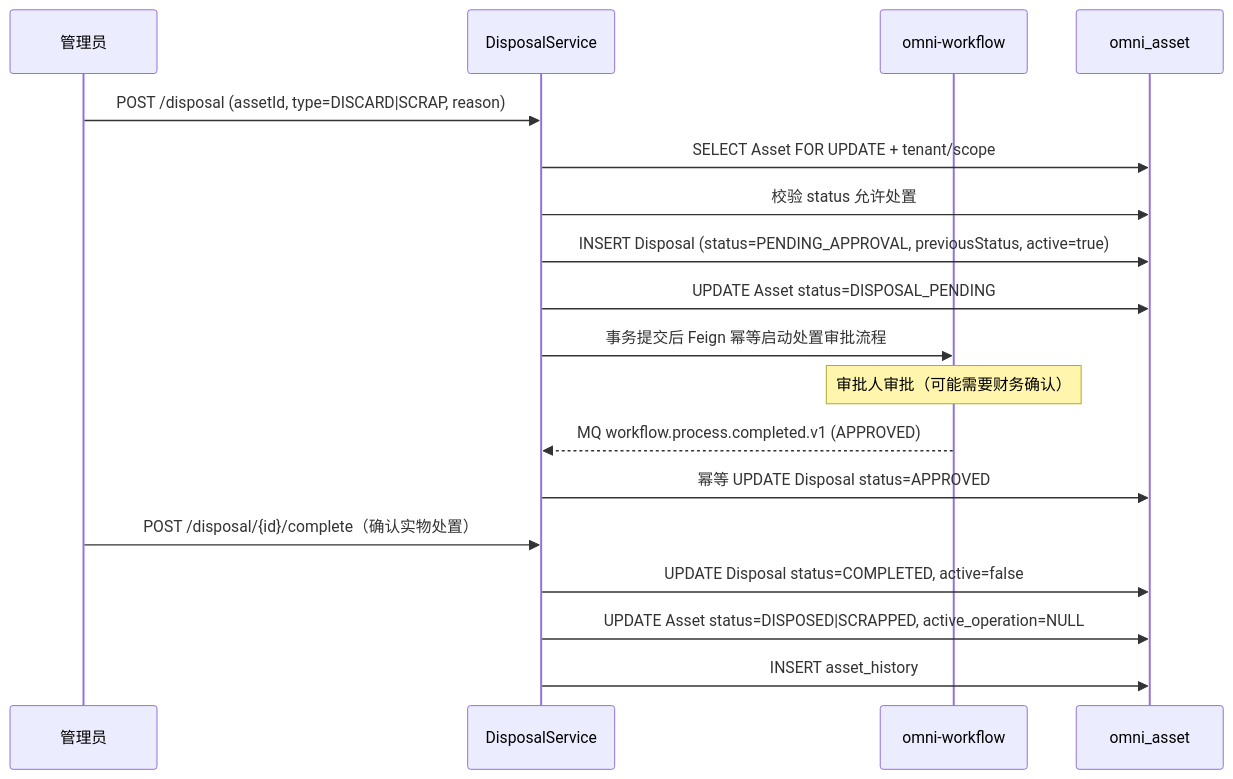
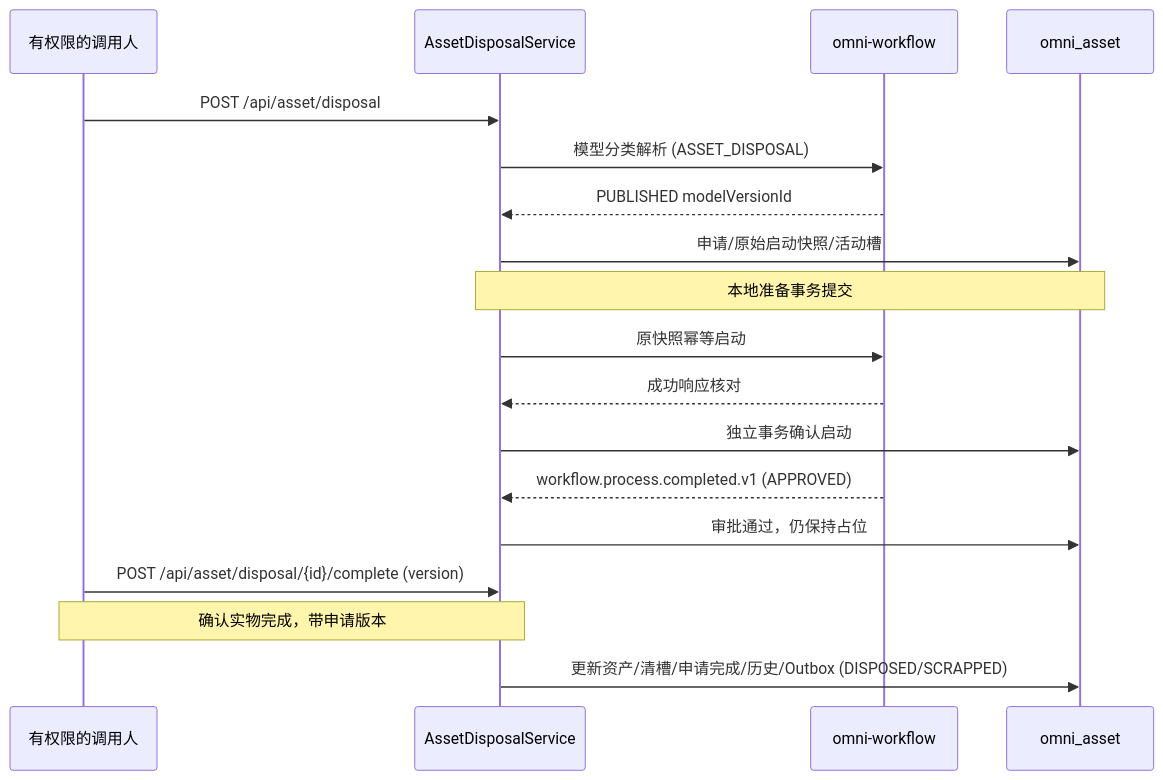
Before and after one commit to wang-baohai/Omni-Stack: the sixth of 6 diagrams in docs/design/asset-design.md, drawn with Mermaid. The commit also changed other lines of this file and 1095 other files, not shown here.

````diff
--- a/docs/design/asset-design.md
+++ b/docs/design/asset-design.md
@@ -290,23 +281,20 @@
 ```mermaid
 sequenceDiagram
-    participant M as 管理员
-    participant S as DisposalService
+    participant M as 有权限的调用人
+    participant S as AssetDisposalService
     participant WF as omni-workflow
     participant DB as omni_asset
-
-    M->>S: POST /disposal (assetId, type=DISCARD|SCRAP, reason)
-    S->>DB: SELECT Asset FOR UPDATE + tenant/scope
-    S->>DB: 校验 status 允许处置
-    S->>DB: INSERT Disposal (status=PENDING_APPROVAL, previousStatus, active=true)
-    S->>DB: UPDATE Asset status=DISPOSAL_PENDING
-    S->>WF: 事务提交后 Feign 幂等启动处置审批流程
-
-    Note over WF: 审批人审批（可能需要财务确认）
-
-    WF-->>S: MQ workflow.process.completed.v1 (APPROVED)
-    S->>DB: 幂等 UPDATE Disposal status=APPROVED
-    M->>S: POST /disposal/{id}/complete（确认实物处置）
-    S->>DB: UPDATE Disposal status=COMPLETED, active=false
-    S->>DB: UPDATE Asset status=DISPOSED|SCRAPPED, active_operation=NULL
-    S->>DB: INSERT asset_history
+    M->>S: POST /api/asset/disposal
+    S->>WF: 模型分类解析 (ASSET_DISPOSAL)
+    WF-->>S: PUBLISHED modelVersionId
+    S->>DB: 申请/原始启动快照/活动槽
+    Note over S,DB: 本地准备事务提交
+    S->>WF: 原快照幂等启动
+    WF-->>S: 成功响应核对
+    S->>DB: 独立事务确认启动
+    WF-->>S: workflow.process.completed.v1 (APPROVED)
+    S->>DB: 审批通过，仍保持占位
+    M->>S: POST /api/asset/disposal/{id}/complete (version)
+    Note over M,S: 确认实物完成，带申请版本
+    S->>DB: 更新资产/清槽/申请完成/历史/Outbox (DISPOSED/SCRAPPED)
 ```
````
